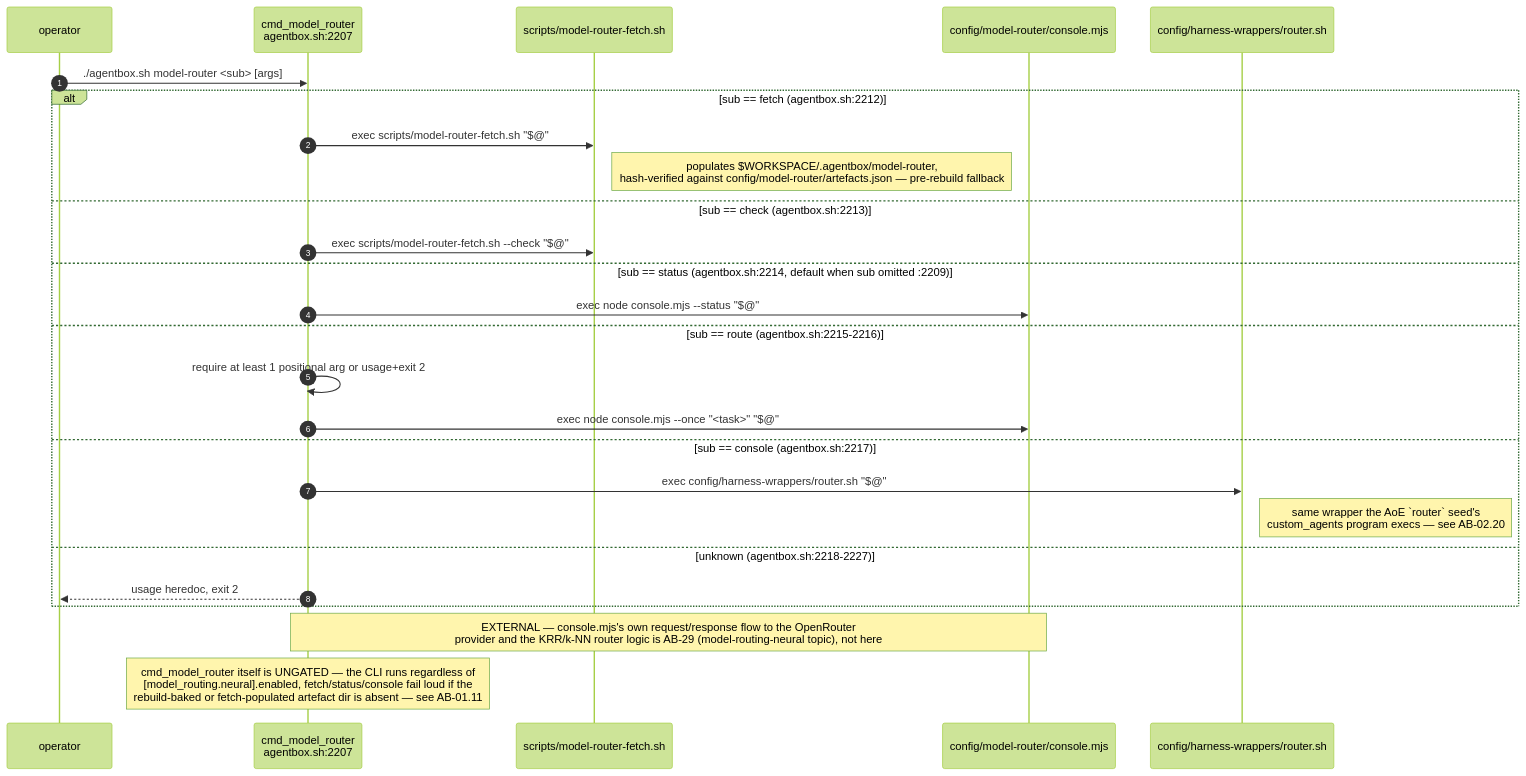
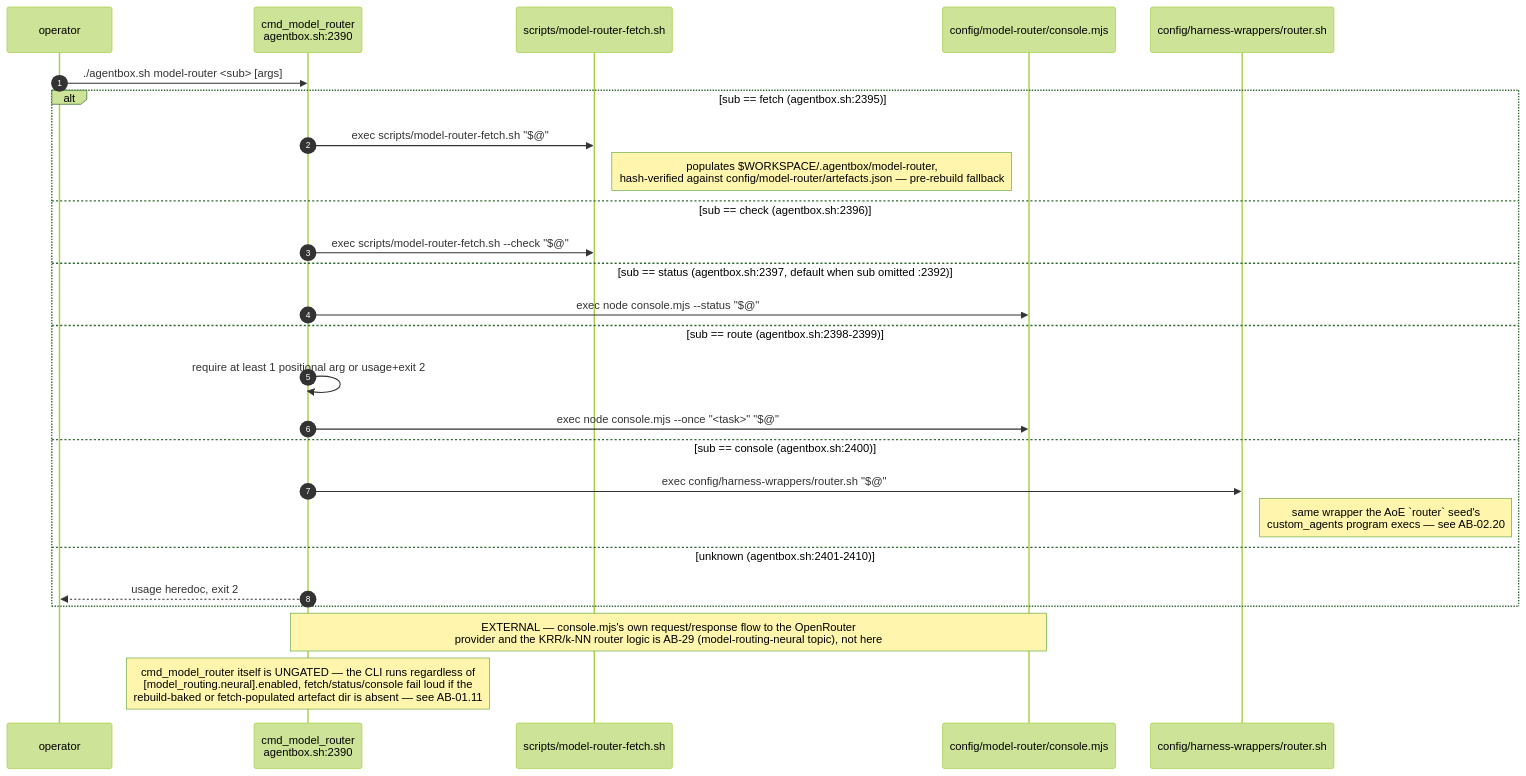
One commit to DreamLab-AI/VisionFlow changed diagram 11 of 16 in docs/diagrams/agentbox/05-manifest-gates-and-cli.md. Above: the diagram before and after it, drawn with Mermaid (forest theme). The commit also changed other lines of this file and 160 other files, not shown here.

````diff
--- a/docs/diagrams/agentbox/05-manifest-gates-and-cli.md
+++ b/docs/diagrams/agentbox/05-manifest-gates-and-cli.md
@@ -343,30 +351,30 @@
 ```mermaid
 sequenceDiagram
     autonumber
     participant OP as operator
-    participant AB as cmd_model_router<br/>agentbox.sh:2207
+    participant AB as cmd_model_router<br/>agentbox.sh:2390
     participant FETCH as scripts/model-router-fetch.sh
     participant CONSOLE as config/model-router/console.mjs
     participant WRAP as config/harness-wrappers/router.sh
 
     OP->>AB: ./agentbox.sh model-router <sub> [args]
-    alt sub == fetch (agentbox.sh:2212)
+    alt sub == fetch (agentbox.sh:2395)
         AB->>FETCH: exec scripts/model-router-fetch.sh "$@"
         Note right of FETCH: populates $WORKSPACE/.agentbox/model-router,<br/>hash-verified against config/model-router/artefacts.json — pre-rebuild fallback
-    else sub == check (agentbox.sh:2213)
+    else sub == check (agentbox.sh:2396)
         AB->>FETCH: exec scripts/model-router-fetch.sh --check "$@"
-    else sub == status (agentbox.sh:2214, default when sub omitted :2209)
+    else sub == status (agentbox.sh:2397, default when sub omitted :2392)
         AB->>CONSOLE: exec node console.mjs --status "$@"
-    else sub == route (agentbox.sh:2215-2216)
+    else sub == route (agentbox.sh:2398-2399)
         AB->>AB: require at least 1 positional arg or usage+exit 2
         AB->>CONSOLE: exec node console.mjs --once "<task>" "$@"
-    else sub == console (agentbox.sh:2217)
+    else sub == console (agentbox.sh:2400)
         AB->>WRAP: exec config/harness-wrappers/router.sh "$@"
         Note right of WRAP: same wrapper the AoE `router` seed's<br/>custom_agents program execs — see AB-02.20
-    else unknown (agentbox.sh:2218-2227)
+    else unknown (agentbox.sh:2401-2410)
         AB-->>OP: usage heredoc, exit 2
     end
 
     Note over AB,CONSOLE: EXTERNAL — console.mjs's own request/response flow to the OpenRouter<br/>provider and the KRR/k-NN router logic is AB-29 (model-routing-neural topic), not here
     Note over AB: cmd_model_router itself is UNGATED — the CLI runs regardless of<br/>[model_routing.neural].enabled, fetch/status/console fail loud if the<br/>rebuild-baked or fetch-populated artefact dir is absent — see AB-01.11
 ```
````
